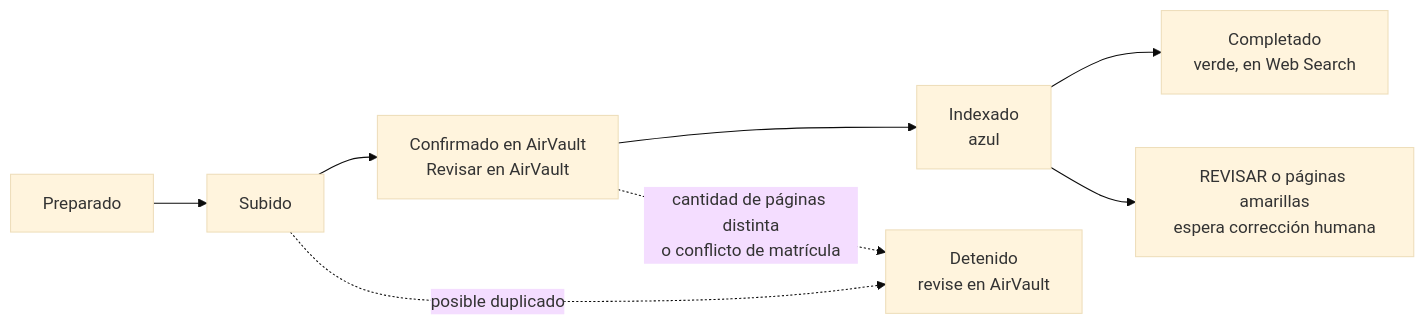
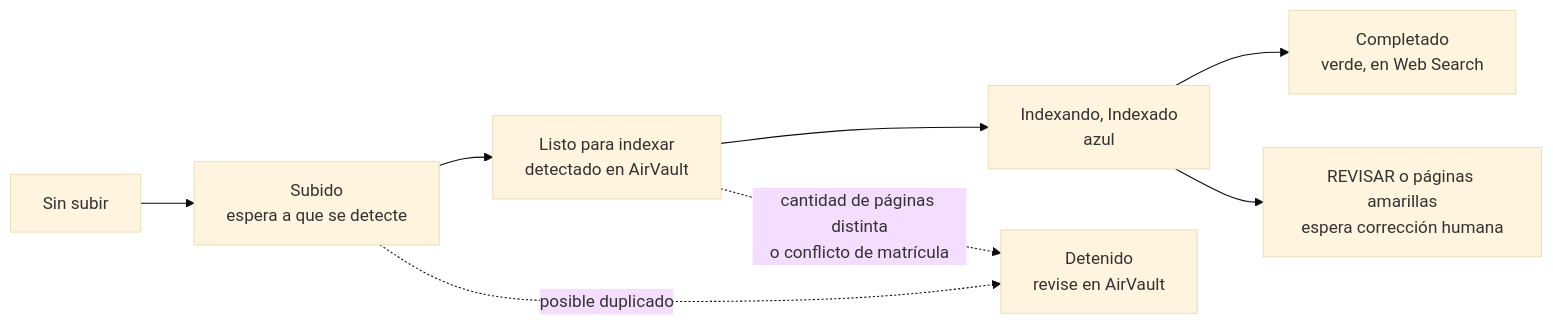
Before and after one commit to lviloriabas/bits: the third of 4 diagrams in docs/MANUAL.md, drawn with Mermaid (base theme). The commit also changed other lines of this file and 6 other files, not shown here.

First line of the commit message:
Acorta los mensajes de AirVault, explica cada estado y mide el avance de toda la cola

````diff
--- a/docs/MANUAL.md
+++ b/docs/MANUAL.md
@@ -163,10 +163,10 @@
 ```mermaid
 flowchart LR
-    A["Preparado"] --> B["Subido"]
-    B --> C["Confirmado en AirVault<br/>Revisar en AirVault"]
-    C --> D["Indexado<br/>azul"]
+    A["Sin subir"] --> B["Subido<br/>espera a que se detecte"]
+    B --> C["Listo para indexar<br/>detectado en AirVault"]
+    C --> D["Indexando, Indexado<br/>azul"]
     D --> E["Completado<br/>verde, en Web Search"]
     D --> F["REVISAR o páginas amarillas<br/>espera corrección humana"]
     B -. "posible duplicado" .-> X["Detenido<br/>revise en AirVault"]
     C -. "cantidad de páginas distinta<br/>o conflicto de matrícula" .-> X
 ```
````
